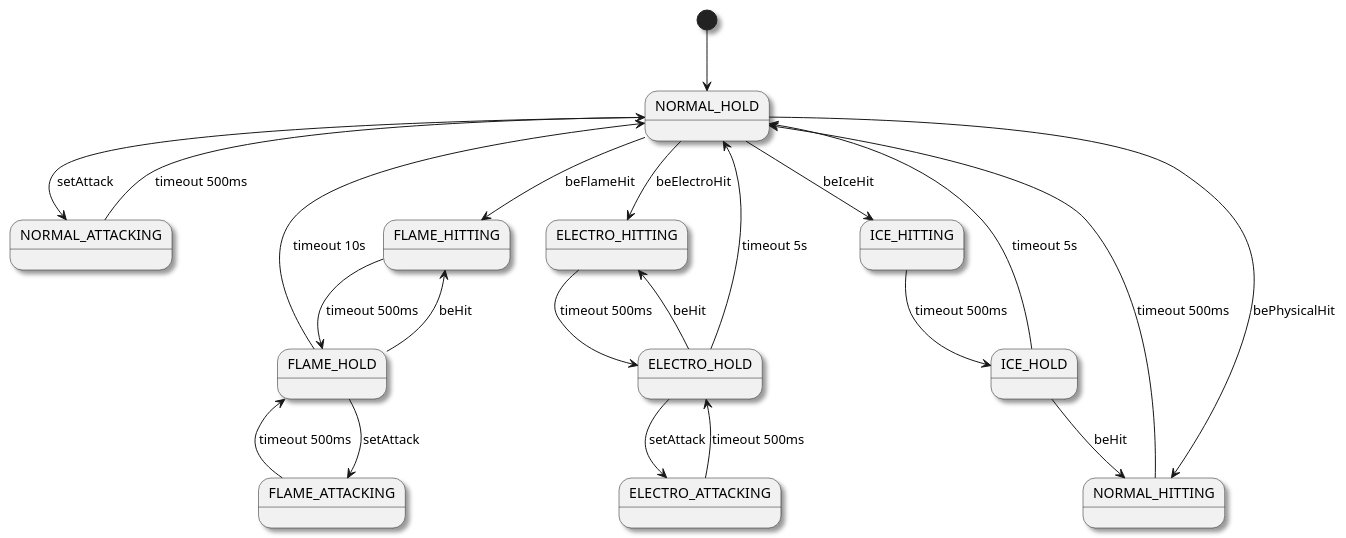
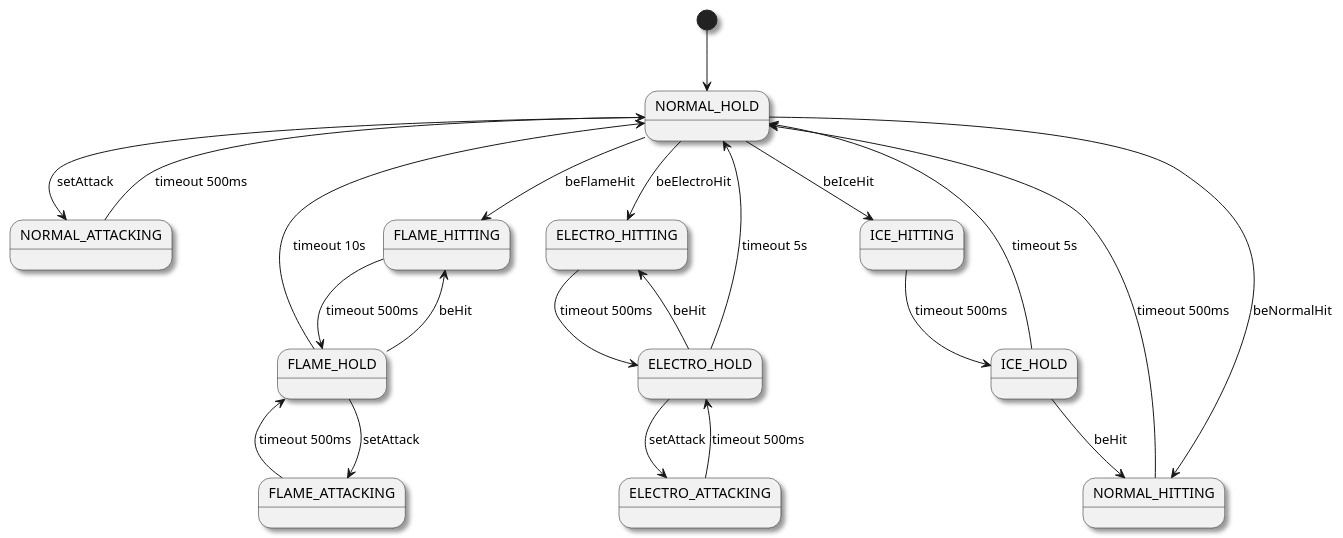
Before and after one commit to tingyunaiai9/The-Journey-of-Wizard: the diagram in doc/hero_state.pu, drawn with PlantUML. The commit also changed 20 other files, not shown here.

```diff
--- a/doc/hero_state.pu
+++ b/doc/hero_state.pu
@@ -1,34 +1,34 @@
 @startuml
 
 skinparam shadowing true
 
 [*] --> NORMAL_HOLD
 
 NORMAL_HOLD --> NORMAL_ATTACKING : setAttack
-NORMAL_HOLD --> NORMAL_HITTING : bePhysicalHit
+NORMAL_HOLD --> NORMAL_HITTING : beNormalHit
 NORMAL_HOLD --> FLAME_HITTING : beFlameHit
 NORMAL_HOLD --> ICE_HITTING : beIceHit
 NORMAL_HOLD --> ELECTRO_HITTING : beElectroHit
 NORMAL_ATTACKING --> NORMAL_HOLD : timeout 500ms
 NORMAL_HITTING --> NORMAL_HOLD : timeout 500ms
 
 FLAME_HOLD --> FLAME_ATTACKING : setAttack
 FLAME_HOLD --> FLAME_HITTING : beHit
 FLAME_HOLD --> NORMAL_HOLD : timeout 10s
 FLAME_ATTACKING --> FLAME_HOLD : timeout 500ms
 FLAME_HITTING --> FLAME_HOLD : timeout 500ms
 
 ICE_HOLD --> NORMAL_HITTING : beHit
 ICE_HOLD --> NORMAL_HOLD : timeout 5s
 ICE_HITTING --> ICE_HOLD : timeout 500ms
 
 ELECTRO_HOLD --> ELECTRO_ATTACKING : setAttack
 ELECTRO_HOLD --> ELECTRO_HITTING : beHit
 ELECTRO_HOLD --> NORMAL_HOLD : timeout 5s
 ELECTRO_ATTACKING --> ELECTRO_HOLD : timeout 500ms
 ELECTRO_HITTING --> ELECTRO_HOLD : timeout 500ms
 
 
 
 
 @enduml
```
